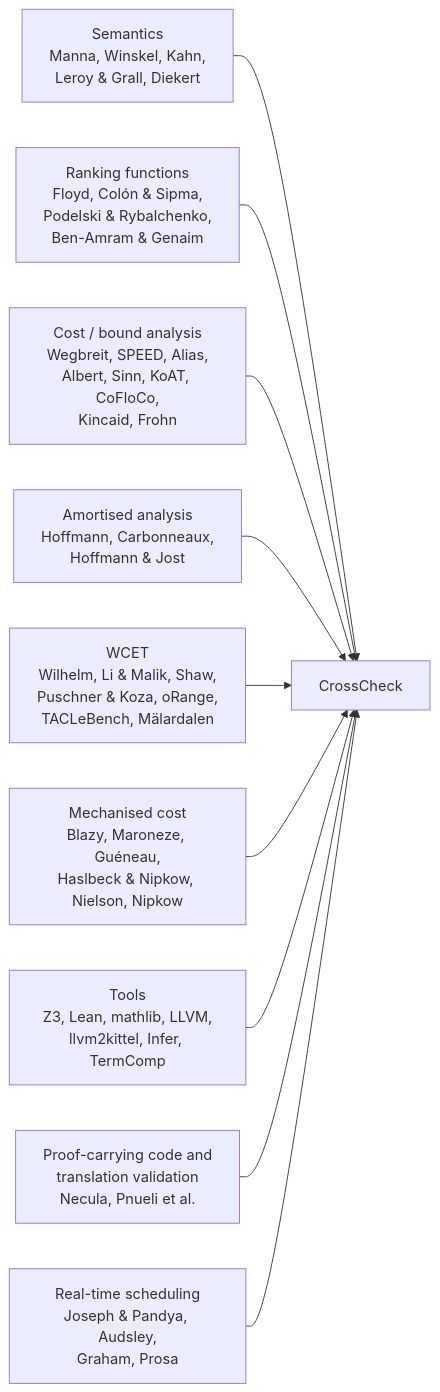
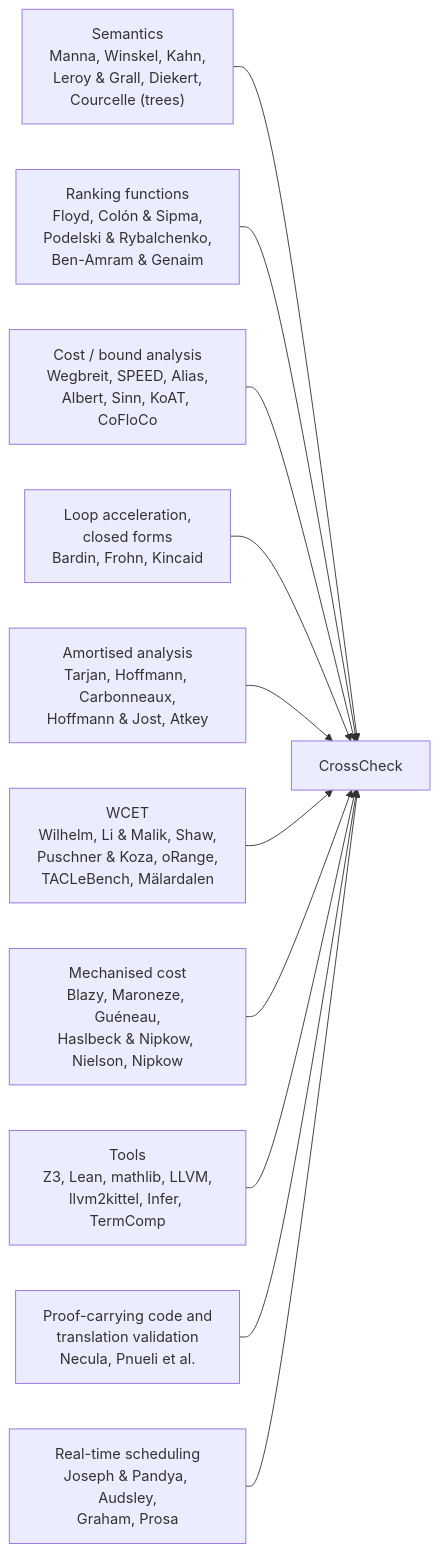
Before and after one commit to ldallolio/crosscheck: the diagram in docs/guide/08-bibliography.md, drawn with Mermaid. The commit also changed other lines of this file and 10 other files, not shown here.

First line of the commit message:
Attributions after reading the cited works: Nielson, Courcelle, Tarjan, Atkey

````diff
--- a/docs/guide/08-bibliography.md
+++ b/docs/guide/08-bibliography.md
@@ -14,12 +14,13 @@
 ```mermaid
 flowchart LR
-  SEM["Semantics<br/>Manna, Winskel, Kahn,<br/>Leroy & Grall, Diekert"] --> CC["CrossCheck"]
+  SEM["Semantics<br/>Manna, Winskel, Kahn,<br/>Leroy & Grall, Diekert,<br/>Courcelle (trees)"] --> CC["CrossCheck"]
   TERM["Ranking functions<br/>Floyd, Colón & Sipma,<br/>Podelski & Rybalchenko,<br/>Ben-Amram & Genaim"] --> CC
-  COST["Cost / bound analysis<br/>Wegbreit, SPEED, Alias,<br/>Albert, Sinn, KoAT, CoFloCo,<br/>Kincaid, Frohn"] --> CC
-  AARA["Amortised analysis<br/>Hoffmann, Carbonneaux,<br/>Hoffmann & Jost"] --> CC
+  COST["Cost / bound analysis<br/>Wegbreit, SPEED, Alias,<br/>Albert, Sinn, KoAT, CoFloCo"] --> CC
+  ACC["Loop acceleration,<br/>closed forms<br/>Bardin, Frohn, Kincaid"] --> CC
+  AARA["Amortised analysis<br/>Tarjan, Hoffmann, Carbonneaux,<br/>Hoffmann & Jost, Atkey"] --> CC
   WCET["WCET<br/>Wilhelm, Li & Malik, Shaw,<br/>Puschner & Koza, oRange,<br/>TACLeBench, Mälardalen"] --> CC
   MECH["Mechanised cost<br/>Blazy, Maroneze, Guéneau,<br/>Haslbeck & Nipkow, Nielson, Nipkow"] --> CC
   TOOLS["Tools<br/>Z3, Lean, mathlib, LLVM,<br/>llvm2kittel, Infer, TermComp"] --> CC
   PCC["Proof-carrying code and<br/>translation validation<br/>Necula, Pnueli et al."] --> CC
   RT["Real-time scheduling<br/>Joseph & Pandya, Audsley,<br/>Graham, Prosa"] --> CC
 ```
````
